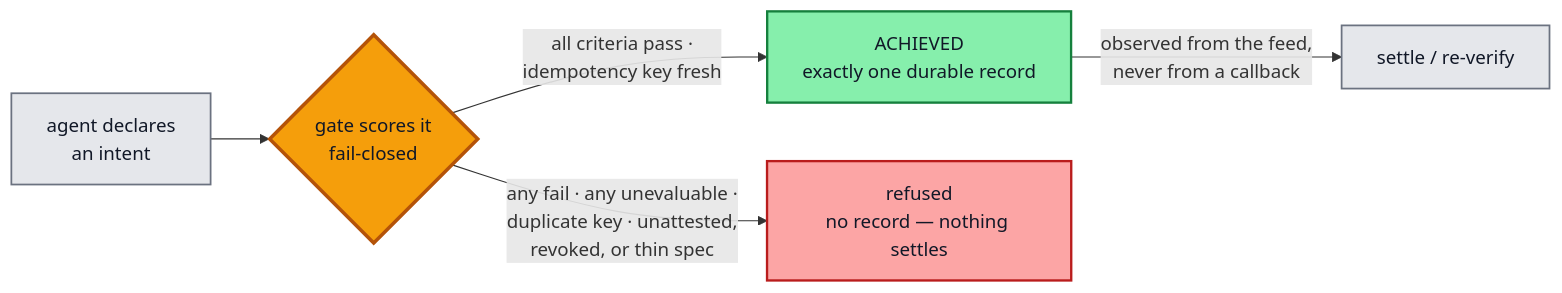
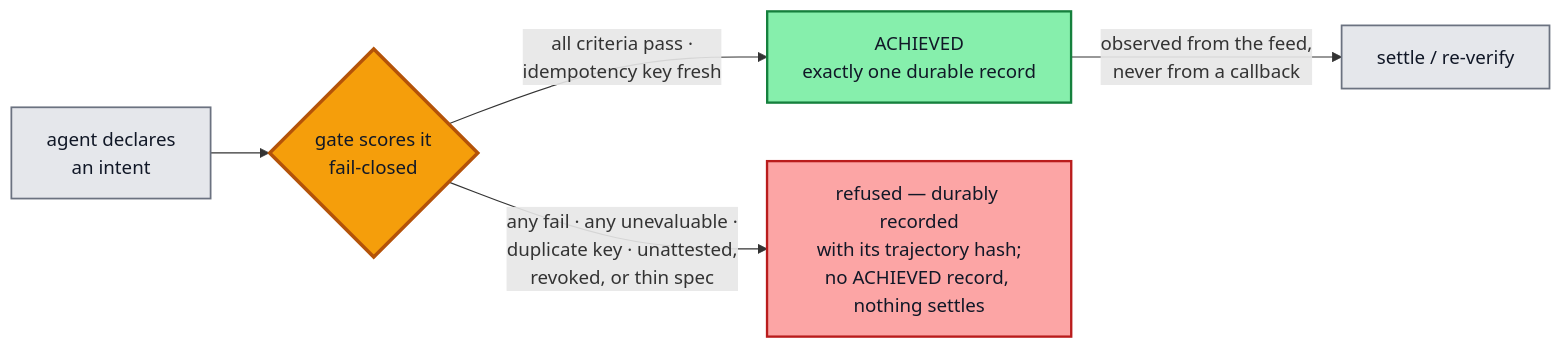
Before and after one commit to hossainpazooki/intent-plane: the first of 3 diagrams in docs/architecture.md, drawn with Mermaid. The commit also changed other lines of this file and 3 other files, not shown here.

````diff
--- a/docs/architecture.md
+++ b/docs/architecture.md
@@ -40,16 +42,16 @@
 ```mermaid
 flowchart LR
     A["agent declares<br/>an intent"] --> G{"gate scores it<br/>fail-closed"}
     G -->|"all criteria pass ·<br/>idempotency key fresh"| ACH["ACHIEVED<br/>exactly one durable record"]
-    G -->|"any fail · any unevaluable ·<br/>duplicate key · unattested,<br/>revoked, or thin spec"| REF["refused<br/>no record — nothing settles"]
+    G -->|"any fail · any unevaluable ·<br/>duplicate key · unattested,<br/>revoked, or thin spec"| REF["refused — durably recorded<br/>with its trajectory hash;<br/>no ACHIEVED record, nothing settles"]
     ACH -->|"observed from the feed,<br/>never from a callback"| S["settle / re-verify"]
 
     classDef neutral fill:#e5e7eb,stroke:#6b7280,stroke-width:1.5px,color:#111827;
     classDef idem fill:#f59e0b,stroke:#b45309,stroke-width:3px,color:#111827;
     classDef good fill:#86efac,stroke:#15803d,stroke-width:2px,color:#111827;
     classDef bad fill:#fca5a5,stroke:#b91c1c,stroke-width:2px,color:#111827;
     class A,S neutral;
     class G idem;
     class ACH good;
     class REF bad;
 ```
````
